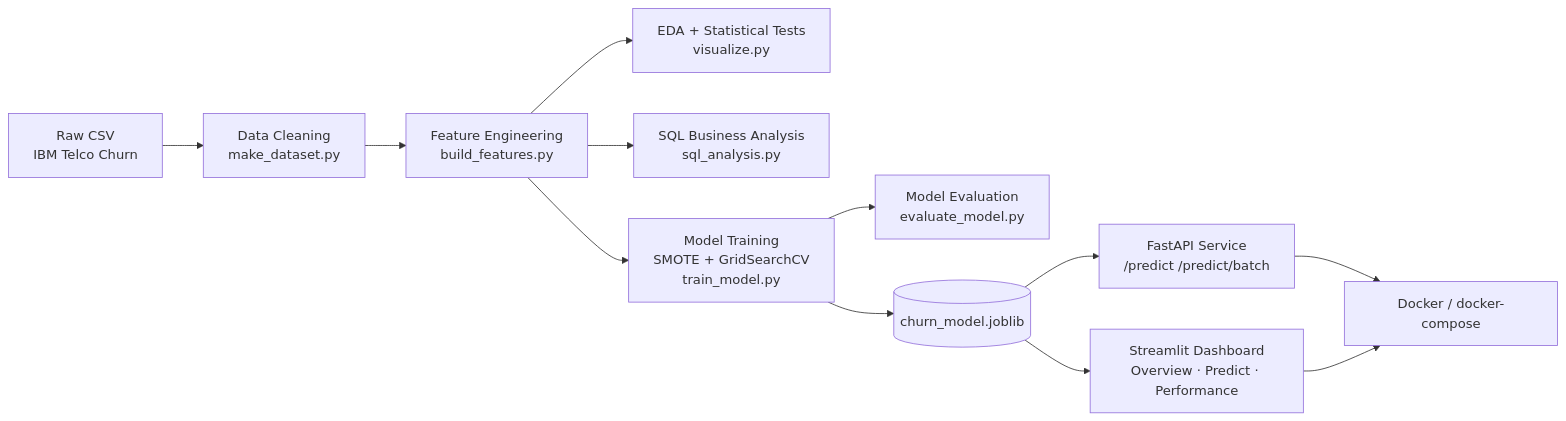
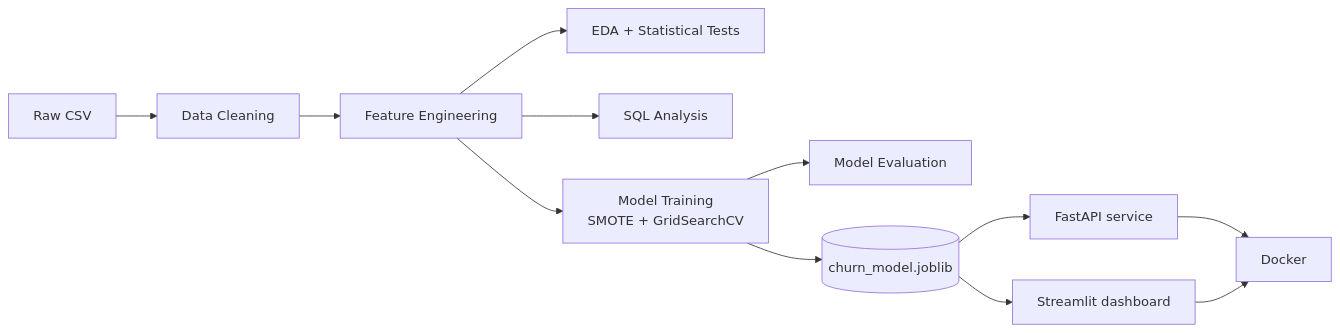
The diagram in README.md (NihalKhatwani/customer-churn-prediction), drawn with Mermaid before and after one commit. The commit also changed other lines of this file, not shown here.

````diff
--- a/README.md
+++ b/README.md
@@ -56,14 +45,14 @@
 ```mermaid
 flowchart LR
-    A[Raw CSV<br/>IBM Telco Churn] --> B[Data Cleaning<br/>make_dataset.py]
-    B --> C[Feature Engineering<br/>build_features.py]
-    C --> D[EDA + Statistical Tests<br/>visualize.py]
-    C --> E[SQL Business Analysis<br/>sql_analysis.py]
-    C --> F[Model Training<br/>SMOTE + GridSearchCV<br/>train_model.py]
-    F --> G[Model Evaluation<br/>evaluate_model.py]
+    A[Raw CSV] --> B[Data Cleaning]
+    B --> C[Feature Engineering]
+    C --> D[EDA + Statistical Tests]
+    C --> E[SQL Analysis]
+    C --> F[Model Training<br/>SMOTE + GridSearchCV]
+    F --> G[Model Evaluation]
     F --> H[(churn_model.joblib)]
-    H --> I[FastAPI Service<br/>/predict /predict/batch]
-    H --> J[Streamlit Dashboard<br/>Overview · Predict · Performance]
-    I --> K[Docker / docker-compose]
+    H --> I[FastAPI service]
+    H --> J[Streamlit dashboard]
+    I --> K[Docker]
     J --> K
 ```
````
